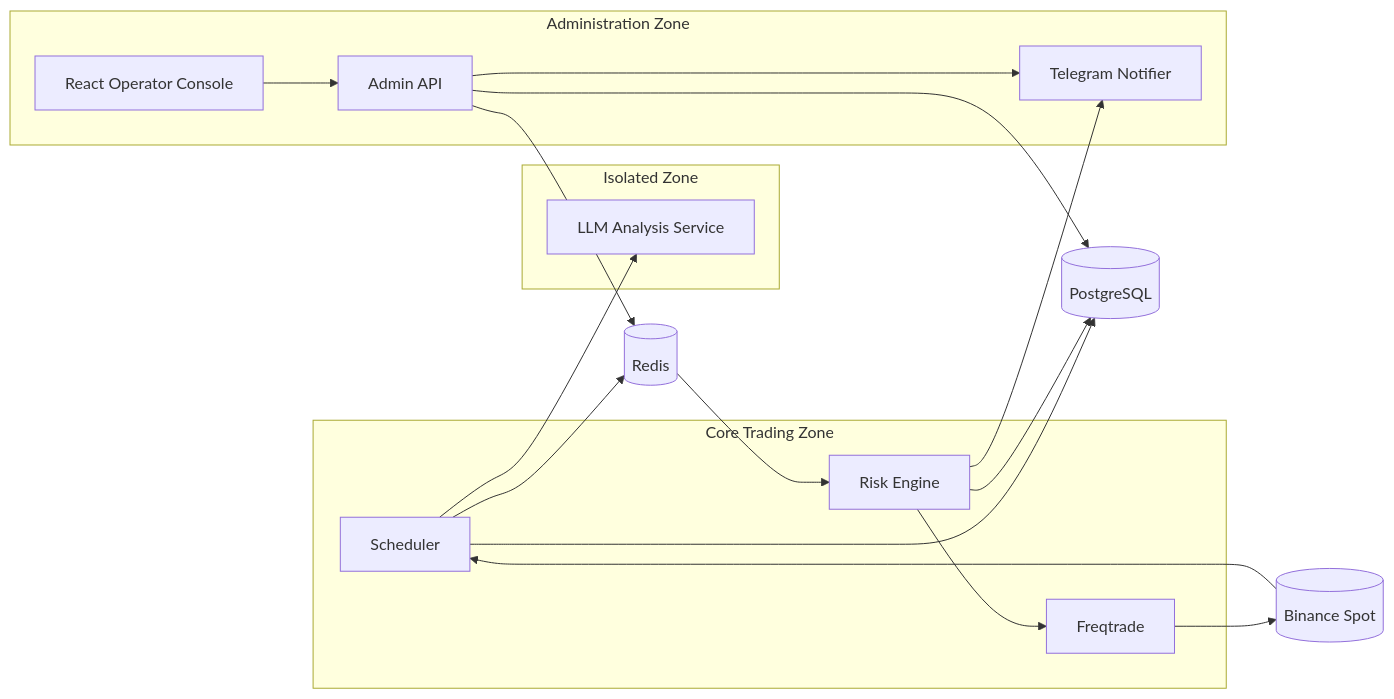
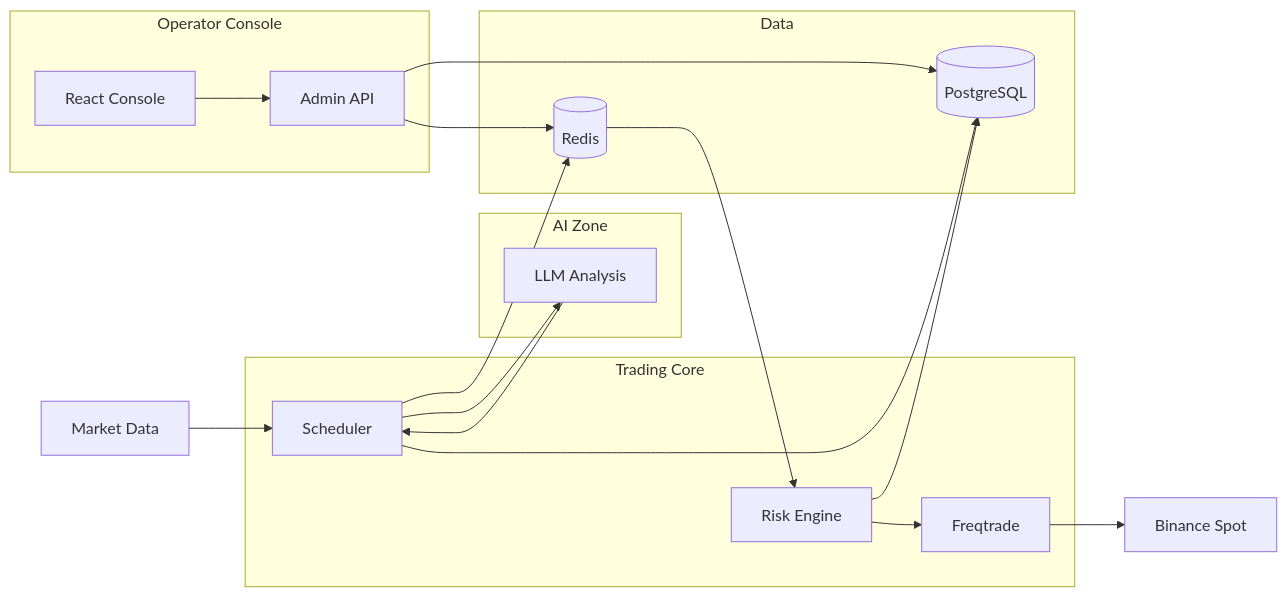
Before and after one commit to quang-ng/TradeMind: the diagram in README.md, drawn with Mermaid. The commit also changed other lines of this file, not shown here.

````diff
--- a/README.md
+++ b/README.md
@@ -26,36 +51,42 @@
 ```mermaid
 flowchart LR
-    subgraph Isolated[Isolated Zone]
-        LLM[LLM Analysis Service]
+    Market[Market Data] --> Scheduler
+
+    subgraph AI["AI Zone"]
+        LLM[LLM Analysis]
     end
 
-    subgraph Core[Core Trading Zone]
+    subgraph Core["Trading Core"]
         Scheduler[Scheduler]
         Risk[Risk Engine]
         Freqtrade[Freqtrade]
     end
 
-    subgraph Admin[Administration Zone]
-        API[Admin API]
-        Console[React Operator Console]
-        Telegram[Telegram Notifier]
+    subgraph Data["Data"]
+        DB[(PostgreSQL)]
+        Redis[(Redis)]
     end
 
-    Binance[(Binance Spot)]
-    Redis[(Redis)]
-    Postgres[(PostgreSQL)]
+    subgraph Console["Operator Console"]
+        API[Admin API]
+        FE[React Console]
+    end
 
-    Binance --> Scheduler
+    Binance[Binance Spot]
+
     Scheduler --> LLM
+    LLM --> Scheduler
+
     Scheduler --> Redis
     Redis --> Risk
+
     Risk --> Freqtrade
     Freqtrade --> Binance
-    Scheduler --> Postgres
-    Risk --> Postgres
-    API --> Postgres
+
+    Scheduler --> DB
+    Risk --> DB
+
+    API --> DB
     API --> Redis
-    Console --> API
-    Risk --> Telegram
-    API --> Telegram
+    FE --> API
 ```
````
